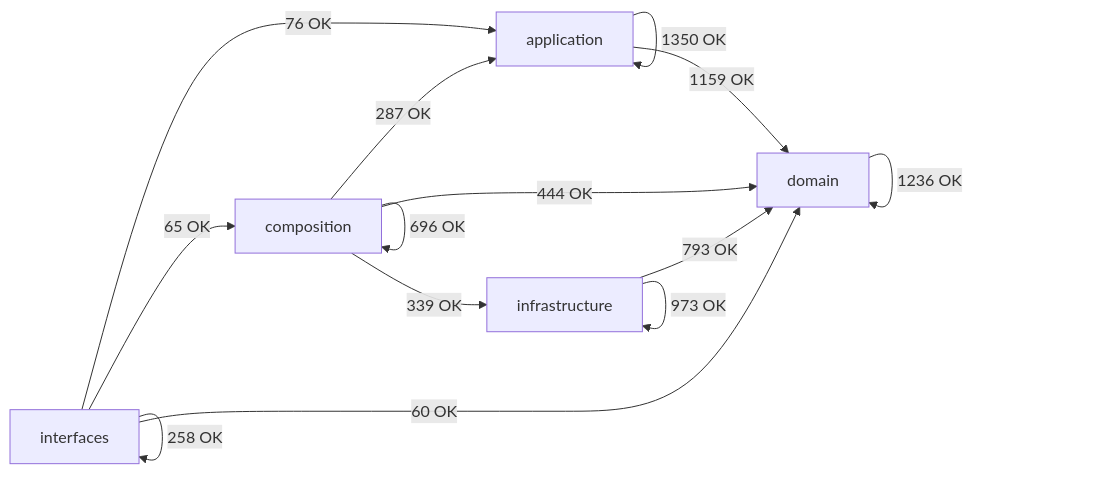
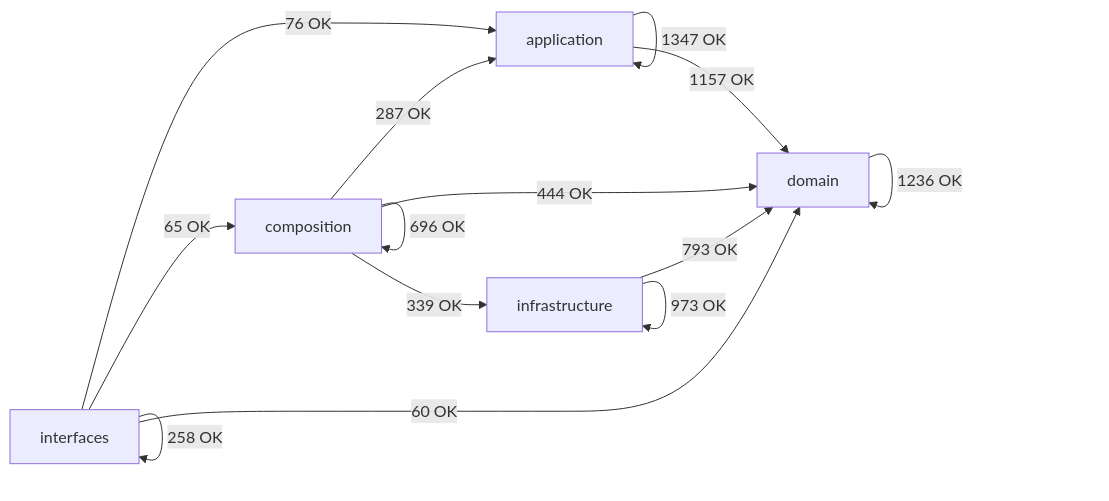
The diagram in docs/02-architecture/generated/module-dependency-map.md (SatoryKono/BioactivityDataAcquisition), drawn with Mermaid before and after one commit. The commit also changed other lines of this file and 8 other files, not shown here.

First line of the commit message:
Drop legacy diagram descriptions and regen reports

````diff
--- a/docs/02-architecture/generated/module-dependency-map.md
+++ b/docs/02-architecture/generated/module-dependency-map.md
@@ -17,21 +17,21 @@
 ```mermaid
 flowchart LR
     domain[domain]
     application[application]
     infrastructure[infrastructure]
     composition[composition]
     interfaces[interfaces]
-    application -->|1350 OK| application
-    application -->|1159 OK| domain
+    application -->|1347 OK| application
+    application -->|1157 OK| domain
     composition -->|287 OK| application
     composition -->|696 OK| composition
     composition -->|444 OK| domain
     composition -->|339 OK| infrastructure
     domain -->|1236 OK| domain
     infrastructure -->|793 OK| domain
     infrastructure -->|973 OK| infrastructure
     interfaces -->|76 OK| application
     interfaces -->|65 OK| composition
     interfaces -->|60 OK| domain
     interfaces -->|258 OK| interfaces
 ```
````
